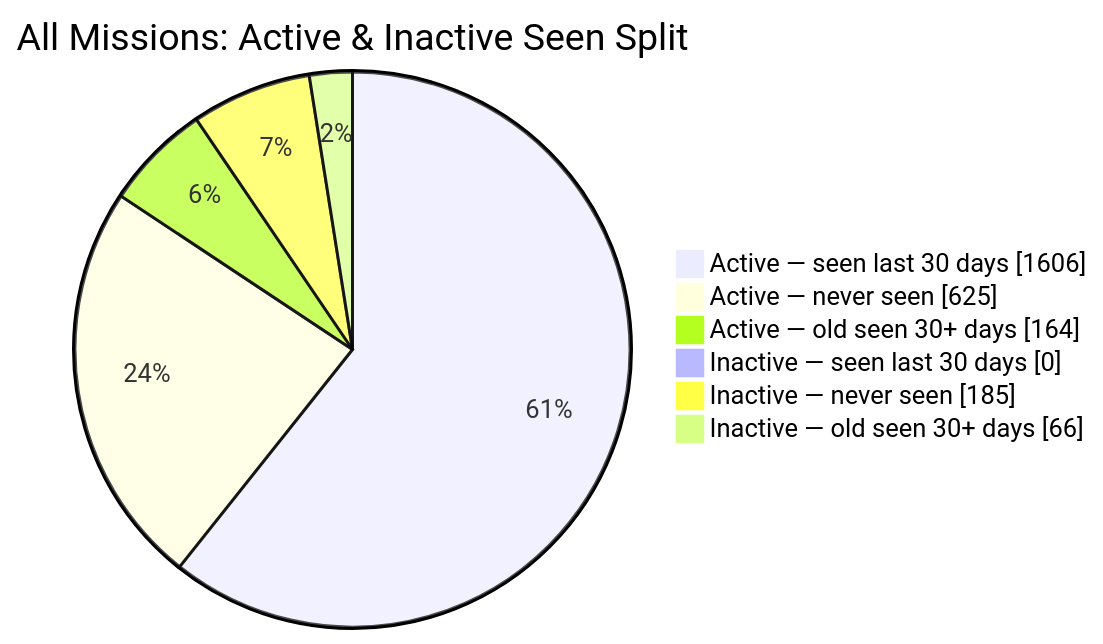
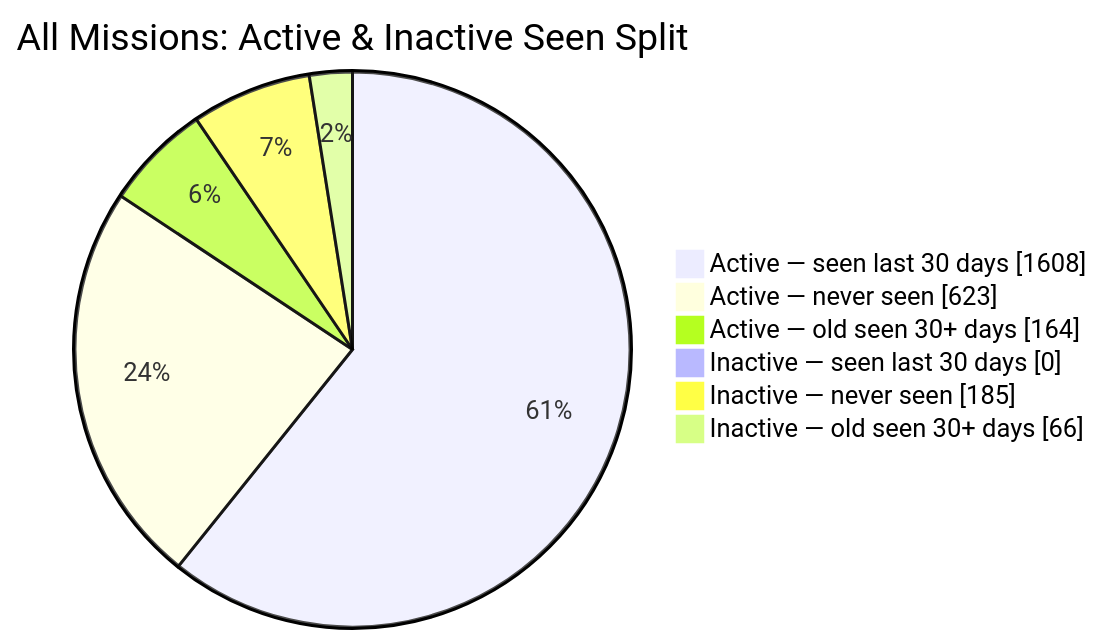
The second of 2 diagrams in README.md (MeldkamerspelGameTeam/active-missions), drawn with Mermaid before and after one commit. The commit also changed other lines of this file and 3 other files, not shown here.

````diff
--- a/README.md
+++ b/README.md
@@ -44,10 +44,10 @@
 ```mermaid
 pie showData
     title All Missions: Active & Inactive Seen Split
-    "Active — seen last 30 days" : 1606
-    "Active — never seen" : 625
+    "Active — seen last 30 days" : 1608
+    "Active — never seen" : 623
     "Active — old seen 30+ days" : 164
     "Inactive — seen last 30 days" : 0
     "Inactive — never seen" : 185
     "Inactive — old seen 30+ days" : 66
 ```
````
